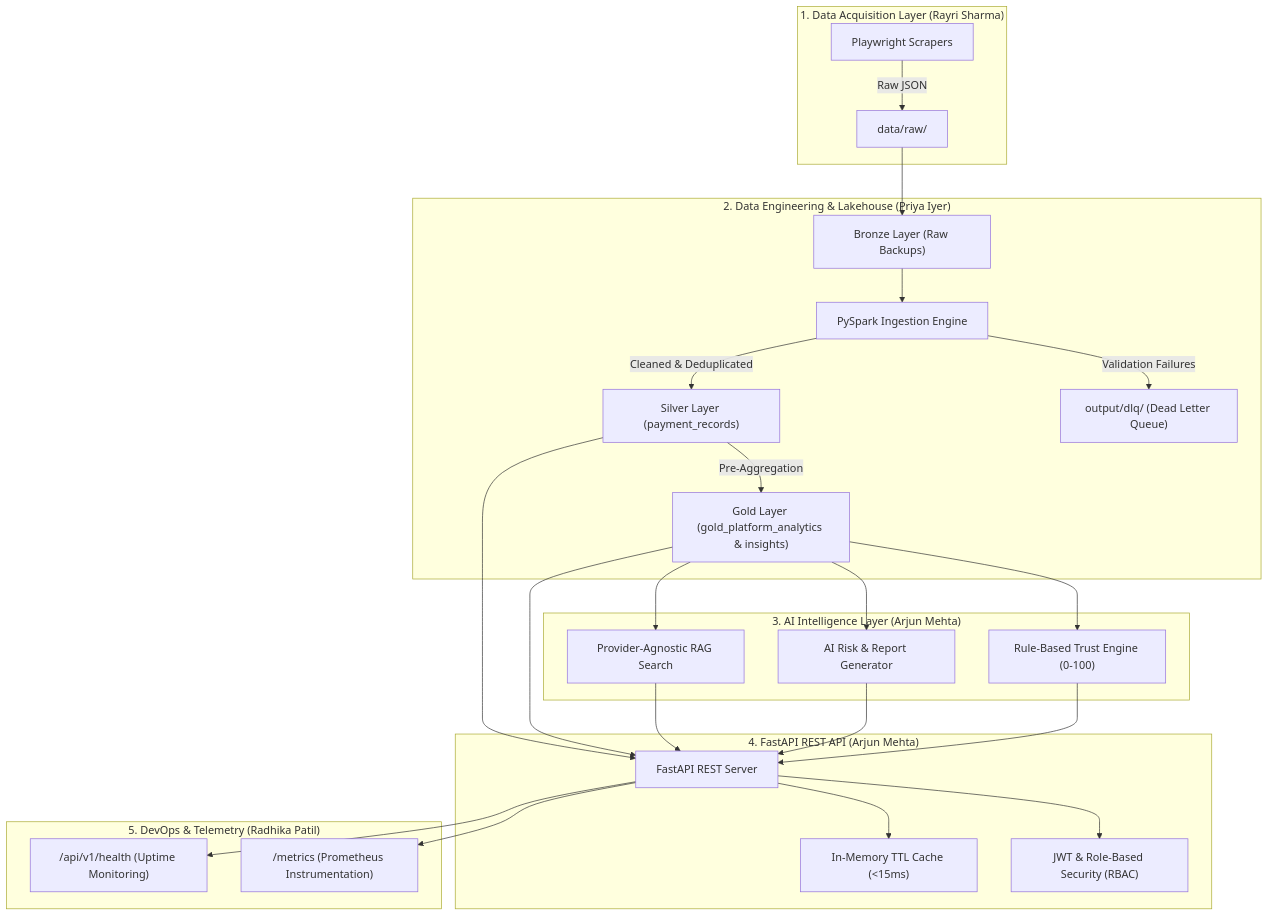
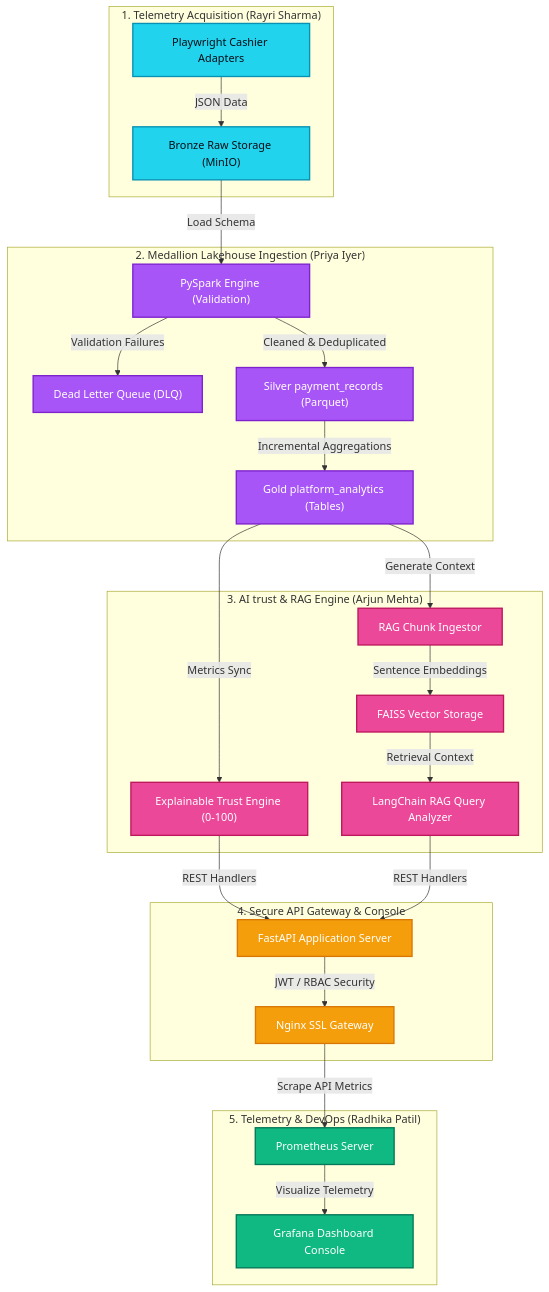
One commit to 957908/Multi-Agent-AI-Data-Lakehouse-Platform-for-Betting-App-Analysis changed the first of 2 diagrams in README.md. Above: the diagram before and after it, drawn with Mermaid. The commit also changed other lines of this file and 3 other files, not shown here.

Commit message:
docs: upgrade root README.md with AI Scraper Agent sequence diagrams, workflows, and hybrid run guide

````diff
--- a/README.md
+++ b/README.md
@@ -36,31 +36,47 @@
 ```mermaid
 flowchart TD
-    subgraph Data Acquisition ["1. Data Acquisition Layer (Rayri Sharma)"]
-        Scrapers["Playwright Scrapers"] --> |Raw JSON| RawData["data/raw/"]
+    %% Styling Definitions
+    classDef acquisition fill:#22d3ee,stroke:#0891b2,stroke-width:2px,color:#090d16;
+    classDef lakehouse fill:#a855f7,stroke:#7e22ce,stroke-width:2px,color:#fff;
+    classDef aiEngine fill:#ec4899,stroke:#be185d,stroke-width:2px,color:#fff;
+    classDef apiLayer fill:#f59e0b,stroke:#d97706,stroke-width:2px,color:#fff;
+    classDef monitor fill:#10b981,stroke:#047857,stroke-width:2px,color:#fff;
+
+    %% Data Acquisition Layer
+    subgraph Layer1 ["1. Telemetry Acquisition (Rayri Sharma)"]
+        ScraperAdapter["Playwright Cashier Adapters"] --> |JSON Data| BronzeBucket["Bronze Raw Storage (MinIO)"]
     end
+    class ScraperAdapter,BronzeBucket acquisition;
 
-    subgraph Data Lakehouse ["2. Data Engineering & Lakehouse (Priya Iyer)"]
-        RawData --> Bronze["Bronze Layer (Raw Backups)"]
-        Bronze --> Spark["PySpark Ingestion Engine"]
-        Spark --> |Validation Failures| DLQ["output/dlq/ (Dead Letter Queue)"]
-        Spark --> |Cleaned & Deduplicated| Silver["Silver Layer (payment_records)"]
-        Silver --> |Pre-Aggregation| Gold["Gold Layer (gold_platform_analytics & insights)"]
+    %% Data Lakehouse Layer
+    subgraph Layer2 ["2. Medallion Lakehouse Ingestion (Priya Iyer)"]
+        BronzeBucket --> |Load Schema| SparkETL["PySpark Engine (Validation)"]
+        SparkETL --> |Validation Failures| DLQ["Dead Letter Queue (DLQ)"]
+        SparkETL --> |Cleaned & Deduplicated| SilverBucket["Silver payment_records (Parquet)"]
+        SilverBucket --> |Incremental Aggregations| GoldBucket["Gold platform_analytics (Tables)"]
     end
+    class SparkETL,DLQ,SilverBucket,GoldBucket lakehouse;
 
-    subgraph AI Engine ["3. AI Intelligence Layer (Arjun Mehta)"]
-        Gold --> TrustEngine["Rule-Based Trust Engine (0-100)"]
-        Gold --> AIAnalysis["AI Risk & Report Generator"]
-        Gold --> RAG["Provider-Agnostic RAG Search"]
+    %% AI & Intelligence Layer
+    subgraph Layer3 ["3. AI trust & RAG Engine (Arjun Mehta)"]
+        GoldBucket --> |Metrics Sync| TrustEngine["Explainable Trust Engine (0-100)"]
+        GoldBucket --> |Generate Context| DocumentIngest["RAG Chunk Ingestor"]
+        DocumentIngest --> |Sentence Embeddings| FAISSDB["FAISS Vector Storage"]
+        FAISSDB --> |Retrieval Context| RAGSearch["LangChain RAG Query Analyzer"]
     end
+    class TrustEngine,DocumentIngest,FAISSDB,RAGSearch aiEngine;
 
-    subgraph Backend API ["4. FastAPI REST API (Arjun Mehta)"]
-        TrustEngine & AIAnalysis & RAG & Silver & Gold --> API["FastAPI REST Server"]
-        API --> Auth["JWT & Role-Based Security (RBAC)"]
-        API --> Cache["In-Memory TTL Cache (<15ms)"]
+    %% REST API Layer
+    subgraph Layer4 ["4. Secure API Gateway & Console"]
+        TrustEngine & RAGSearch --> |REST Handlers| FastAPIServer["FastAPI Application Server"]
+        FastAPIServer --> |JWT / RBAC Security| GatewayProxy["Nginx SSL Gateway"]
     end
+    class FastAPIServer,GatewayProxy apiLayer;
 
-    subgraph Observability ["5. DevOps & Telemetry (Radhika Patil)"]
-        API --> Metrics["/metrics (Prometheus Instrumentation)"]
-        API --> Health["/api/v1/health (Uptime Monitoring)"]
+    %% Observability Layer
+    subgraph Layer5 ["5. Telemetry & DevOps (Radhika Patil)"]
+        GatewayProxy --> |Scrape API Metrics| Prometheus["Prometheus Server"]
+        Prometheus --> |Visualize Telemetry| Grafana["Grafana Dashboard Console"]
     end
+    class Prometheus,Grafana monitor;
 ```
````
